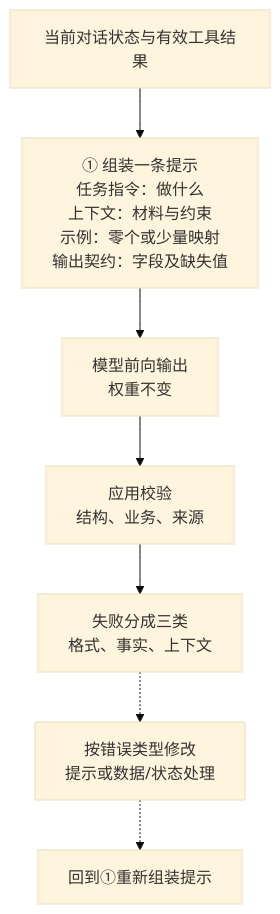
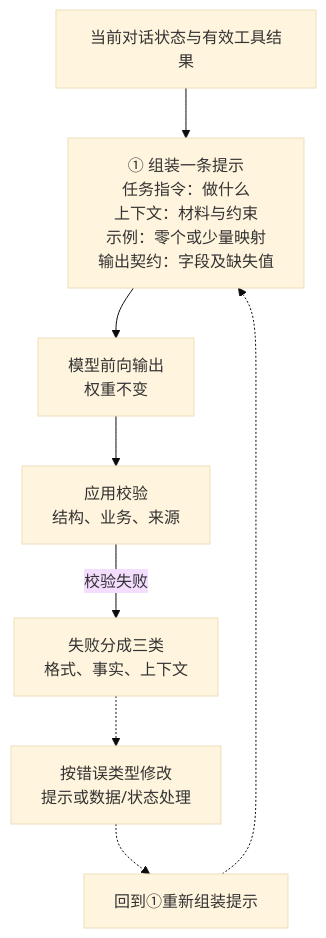
The ninth of 9 diagrams in IS5542_GenAI_in_Business/notes/M02-模型全景-基准评测与提示设计.md (CercaTrovato/cityu-ai-course-notes), drawn with Mermaid (base theme) before and after one commit. The commit also changed other lines of this file and 59 other files, not shown here.

````diff
--- a/IS5542_GenAI_in_Business/notes/M02-模型全景-基准评测与提示设计.md
+++ b/IS5542_GenAI_in_Business/notes/M02-模型全景-基准评测与提示设计.md
@@ -4092,9 +4688,10 @@
 ```mermaid
 flowchart TD
  S["当前对话状态与有效工具结果"] --> P["① 组装一条提示<br/>任务指令：做什么<br/>上下文：材料与约束<br/>示例：零个或少量映射<br/>输出契约：字段及缺失值"]
  P --> M["模型前向输出<br/>权重不变"]
  M --> V["应用校验<br/>结构、业务、来源"]
- V --> ERR["失败分成三类<br/>格式、事实、上下文"]
+ V -->|校验失败| ERR["失败分成三类<br/>格式、事实、上下文"]
  ERR -.-> REV["按错误类型修改<br/>提示或数据/状态处理"]
  REV -.-> BACK["回到①重新组装提示"]
+ BACK -.-> P
 ```
````
